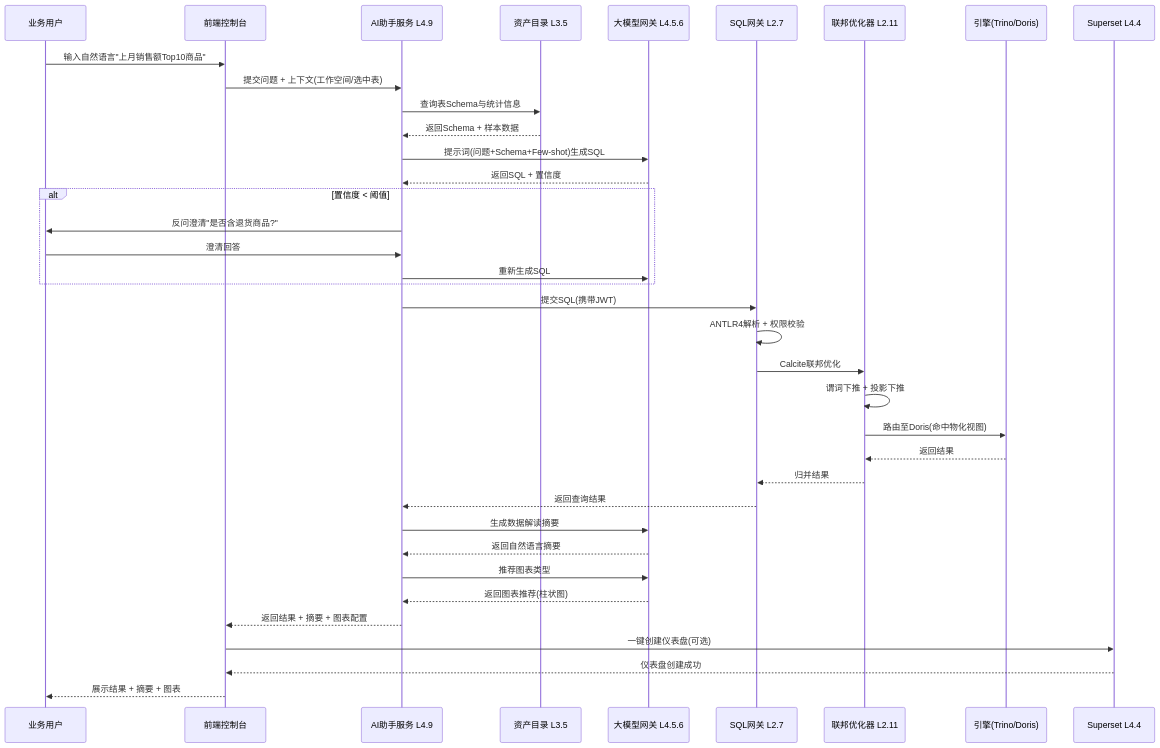
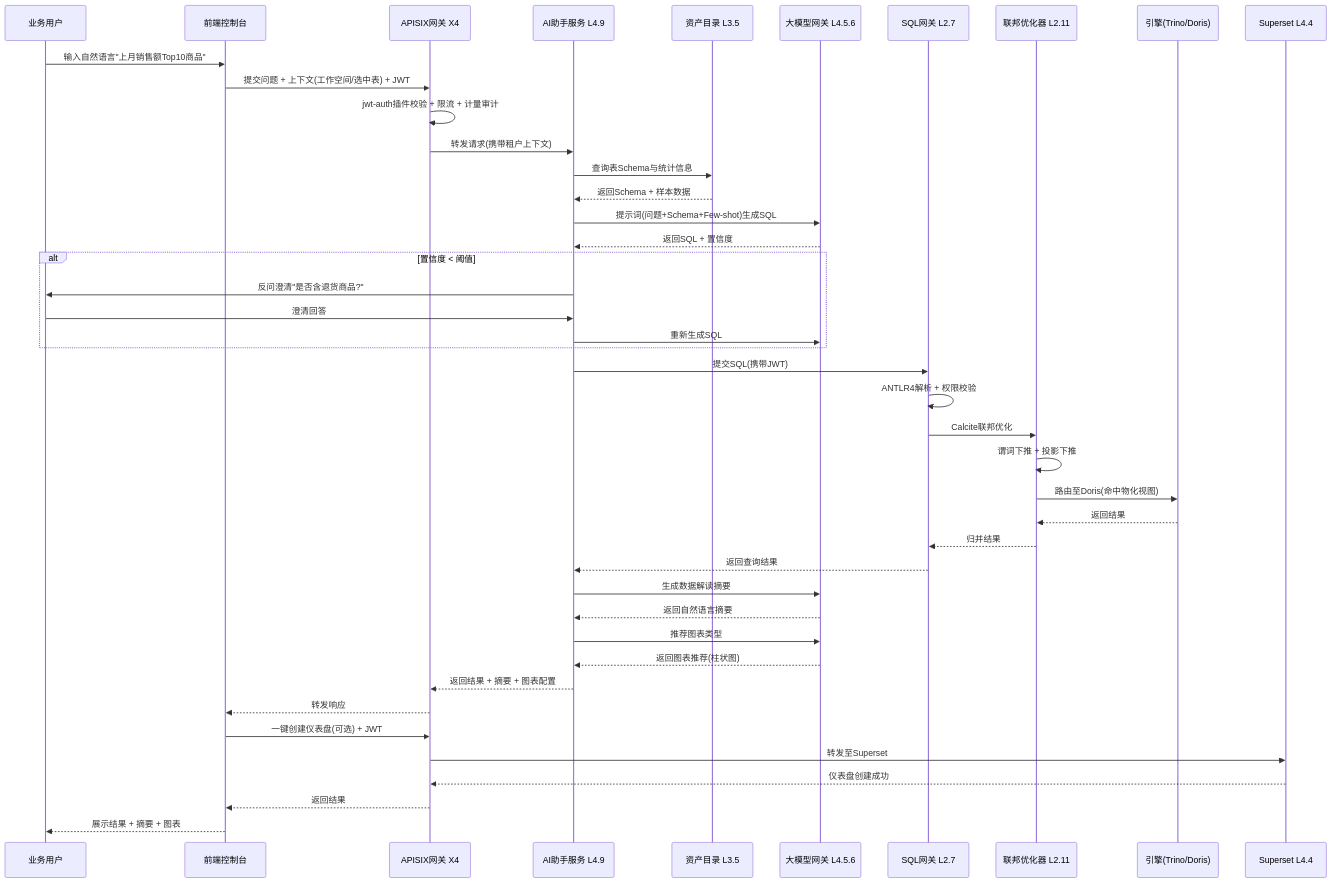
Before and after one commit to Levango7/DataEngineBDP: the third of 9 diagrams in design/v2.0/V2.0_架构设计文档.md, drawn with Mermaid. The commit also changed other lines of this file and 6 other files, not shown here.

````diff
--- a/design/v2.0/V2.0_架构设计文档.md
+++ b/design/v2.0/V2.0_架构设计文档.md
@@ -707,40 +753,46 @@
 ```mermaid
 sequenceDiagram
     participant U as 业务用户
     participant F as 前端控制台
+    participant G as APISIX网关 X4
     participant AS as AI助手服务 L4.9
     participant AC as 资产目录 L3.5
     participant LLM as 大模型网关 L4.5.6
     participant SG as SQL网关 L2.7
     participant FO as 联邦优化器 L2.11
     participant EN as 引擎(Trino/Doris)
     participant SP as Superset L4.4
 
     U->>F: 输入自然语言"上月销售额Top10商品"
-    F->>AS: 提交问题 + 上下文(工作空间/选中表)
+    F->>G: 提交问题 + 上下文(工作空间/选中表) + JWT
+    G->>G: jwt-auth插件校验 + 限流 + 计量审计
+    G->>AS: 转发请求(携带租户上下文)
     AS->>AC: 查询表Schema与统计信息
     AC-->>AS: 返回Schema + 样本数据
     AS->>LLM: 提示词(问题+Schema+Few-shot)生成SQL
     LLM-->>AS: 返回SQL + 置信度
     alt 置信度 < 阈值
         AS->>U: 反问澄清"是否含退货商品?"
         U->>AS: 澄清回答
         AS->>LLM: 重新生成SQL
     end
     AS->>SG: 提交SQL(携带JWT)
     SG->>SG: ANTLR4解析 + 权限校验
     SG->>FO: Calcite联邦优化
     FO->>FO: 谓词下推 + 投影下推
     FO->>EN: 路由至Doris(命中物化视图)
     EN-->>FO: 返回结果
     FO-->>SG: 归并结果
     SG-->>AS: 返回查询结果
     AS->>LLM: 生成数据解读摘要
     LLM-->>AS: 返回自然语言摘要
     AS->>LLM: 推荐图表类型
     LLM-->>AS: 返回图表推荐(柱状图)
-    AS-->>F: 返回结果 + 摘要 + 图表配置
-    F->>SP: 一键创建仪表盘(可选)
-    SP-->>F: 仪表盘创建成功
+    AS-->>G: 返回结果 + 摘要 + 图表配置
+    G-->>F: 转发响应
+    F->>G: 一键创建仪表盘(可选) + JWT
+    G->>SP: 转发至Superset
+    SP-->>G: 仪表盘创建成功
+    G-->>F: 返回结果
     F-->>U: 展示结果 + 摘要 + 图表
 ```
````
